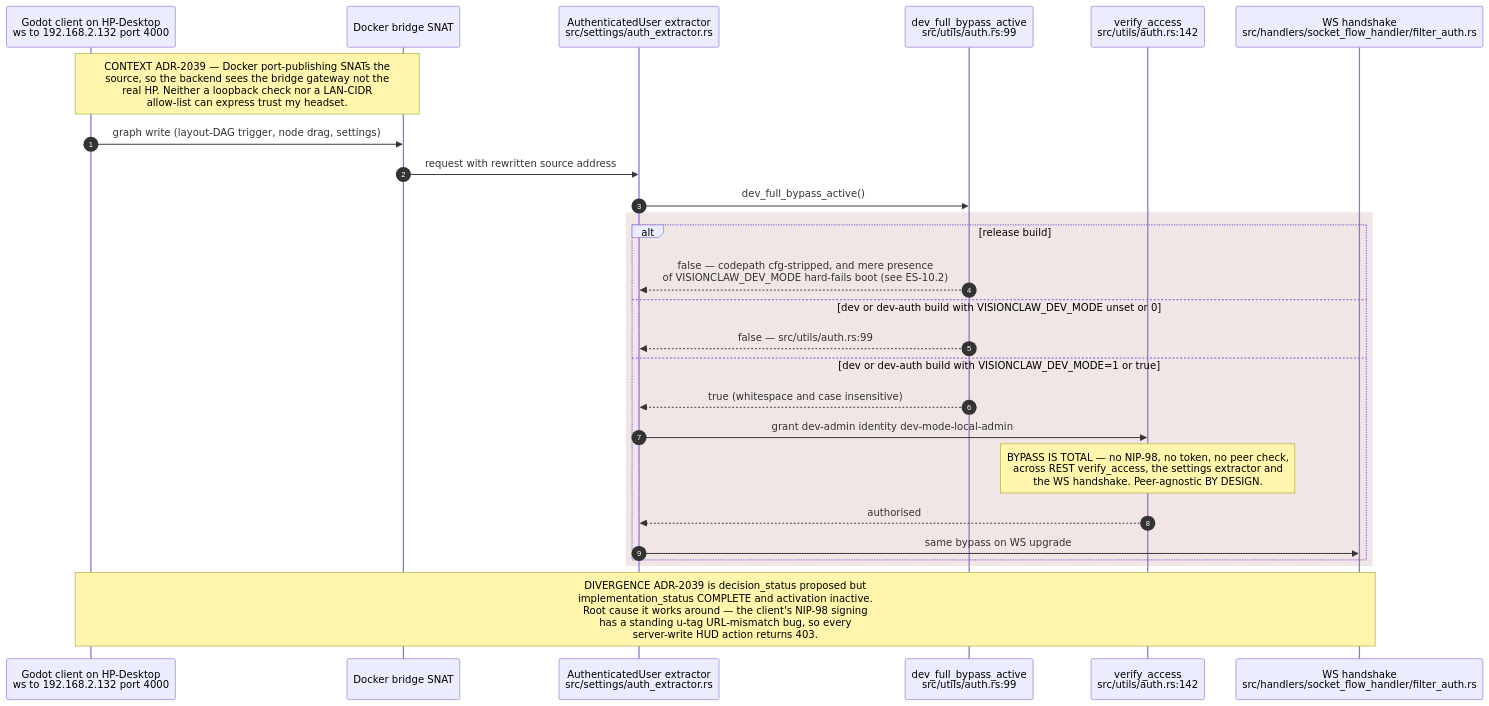
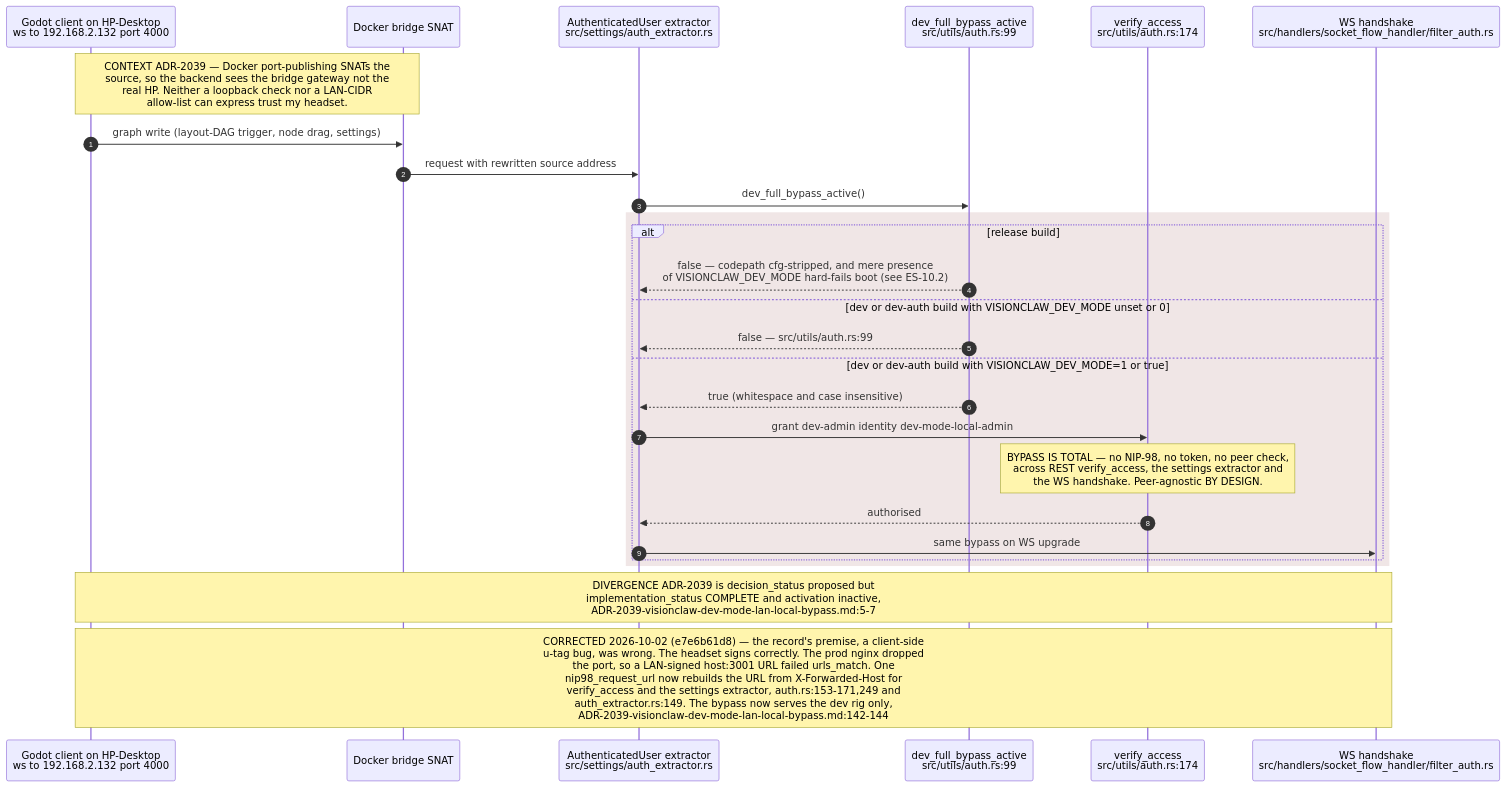
The sixth of 10 diagrams in docs/diagrams/estate/10-deployment-and-security-profiles.md (DreamLab-AI/VisionFlow), drawn with Mermaid before and after one commit. The commit also changed other lines of this file and 31 other files, not shown here.

````diff
--- a/docs/diagrams/estate/10-deployment-and-security-profiles.md
+++ b/docs/diagrams/estate/10-deployment-and-security-profiles.md
@@ -231,29 +246,30 @@
 ```mermaid
 sequenceDiagram
     autonumber
     participant HP as Godot client on HP-Desktop<br/>ws to 192.168.2.132 port 4000
     participant DK as Docker bridge SNAT
     participant AX as AuthenticatedUser extractor<br/>src/settings/auth_extractor.rs
     participant DB as dev_full_bypass_active<br/>src/utils/auth.rs:99
-    participant VA as verify_access<br/>src/utils/auth.rs:142
+    participant VA as verify_access<br/>src/utils/auth.rs:174
     participant WS as WS handshake<br/>src/handlers/socket_flow_handler/filter_auth.rs
 
     Note over HP,DK: CONTEXT ADR-2039 — Docker port-publishing SNATs the<br/>source, so the backend sees the bridge gateway not the<br/>real HP. Neither a loopback check nor a LAN-CIDR<br/>allow-list can express trust my headset.
     HP->>DK: graph write (layout-DAG trigger, node drag, settings)
     DK->>AX: request with rewritten source address
     AX->>DB: dev_full_bypass_active()
     rect rgb(240,230,230)
     alt release build
         DB-->>AX: false — codepath cfg-stripped, and mere presence<br/>of VISIONCLAW_DEV_MODE hard-fails boot (see ES-10.2)
     else dev or dev-auth build with VISIONCLAW_DEV_MODE unset or 0
         DB-->>AX: false — src/utils/auth.rs:99
     else dev or dev-auth build with VISIONCLAW_DEV_MODE=1 or true
         DB-->>AX: true (whitespace and case insensitive)
         AX->>VA: grant dev-admin identity dev-mode-local-admin
         Note over VA: BYPASS IS TOTAL — no NIP-98, no token, no peer check,<br/>across REST verify_access, the settings extractor and<br/>the WS handshake. Peer-agnostic BY DESIGN.
         VA-->>AX: authorised
         AX->>WS: same bypass on WS upgrade
     end
     end
-    Note over HP,WS: DIVERGENCE ADR-2039 is decision_status proposed but<br/>implementation_status COMPLETE and activation inactive.<br/>Root cause it works around — the client's NIP-98 signing<br/>has a standing u-tag URL-mismatch bug, so every<br/>server-write HUD action returns 403.
+    Note over HP,WS: DIVERGENCE ADR-2039 is decision_status proposed but<br/>implementation_status COMPLETE and activation inactive,<br/>ADR-2039-visionclaw-dev-mode-lan-local-bypass.md:5-7
+    Note over HP,WS: CORRECTED 2026-10-02 (e7e6b61d8) — the record's premise, a client-side<br/>u-tag bug, was wrong. The headset signs correctly. The prod nginx dropped<br/>the port, so a LAN-signed host:3001 URL failed urls_match. One<br/>nip98_request_url now rebuilds the URL from X-Forwarded-Host for<br/>verify_access and the settings extractor, auth.rs:153-171,249 and<br/>auth_extractor.rs:149. The bypass now serves the dev rig only,<br/>ADR-2039-visionclaw-dev-mode-lan-local-bypass.md:142-144
 ```
````
